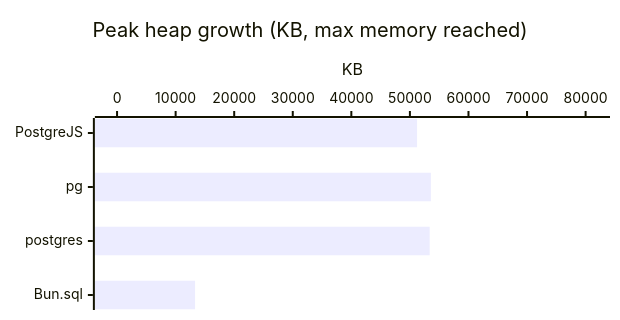
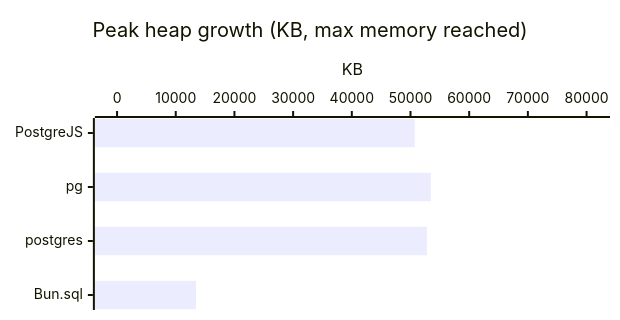
One commit to panates/postgrejs-doc changed diagram 12 of 56 in docs/getting-started/benchmarks-bun.md. Above: the diagram before and after it, drawn with Mermaid. The commit also changed other lines of this file and 24 other files, not shown here.

````diff
--- a/docs/getting-started/benchmarks-bun.md
+++ b/docs/getting-started/benchmarks-bun.md
@@ -326,8 +326,8 @@
 ```mermaid
 %%{init: {'xyChart': {'width': 600, 'height': 300, 'chartOrientation': 'horizontal'}}}%%
 xychart-beta
     title "Peak heap growth (KB, max memory reached)"
     x-axis ["PostgreJS", "pg", "postgres", "Bun.sql"]
-    y-axis "KB" 0.0000 --> 80376.0938
-    bar [51223.2998, 53584.0625, 53371.8564, 13321.0762]
+    y-axis "KB" 0.0000 --> 80212.7051
+    bar [50722.9268, 53475.1367, 52801.7041, 13444.8770]
 ```
````
